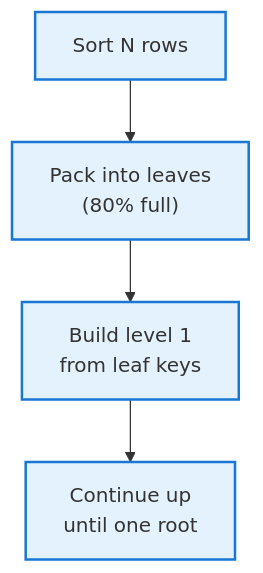
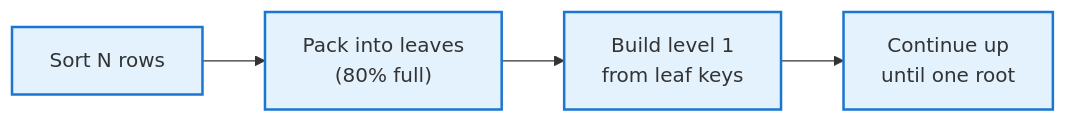
The sixth of 6 diagrams in lecture-outlines/day25-bplus-trees-i/slides.md (ufdatastudio/cop5725fa26), drawn with Mermaid before and after one commit. The commit also changed other lines of this file and 50 other files, not shown here.

````diff
--- a/lecture-outlines/day25-bplus-trees-i/slides.md
+++ b/lecture-outlines/day25-bplus-trees-i/slides.md
@@ -395,10 +346,8 @@
 ```mermaid
-graph TB
-  S["Sort N rows"]
-  PL["Pack into leaves<br/>(80% full)"]
-  P1["Build level 1<br/>from leaf keys"]
-  PR["Continue up<br/>until one root"]
-  S --> PL --> P1 --> PR
+graph LR
+  S["Sort N rows"] --> PL["Pack into leaves<br/>(80% full)"]
+  PL --> P1["Build level 1<br/>from leaf keys"]
+  P1 --> PR["Continue up<br/>until one root"]
   classDef step fill:#e3f2fd,stroke:#1976d2,stroke-width:2px
   class S,PL,P1,PR step
 ```
````
